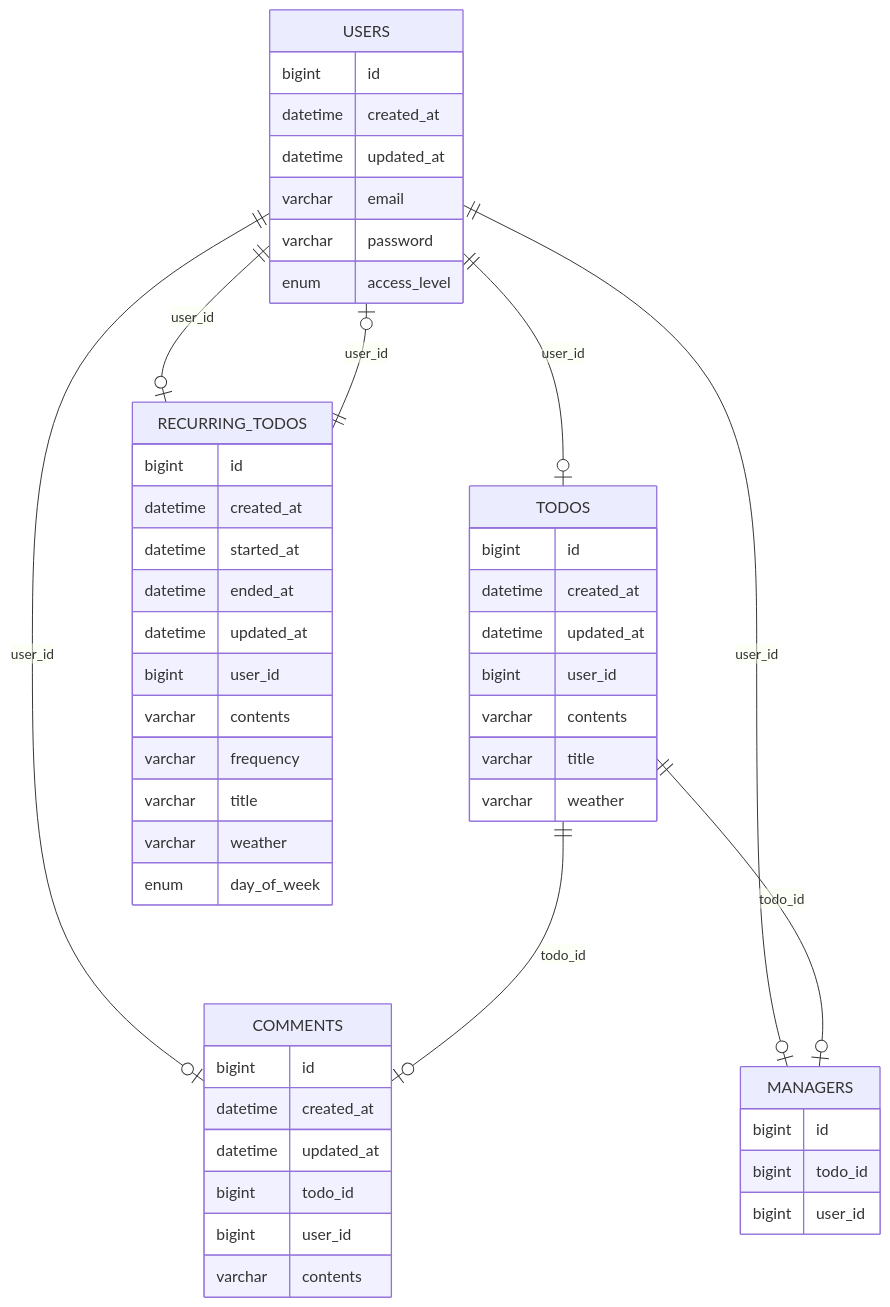
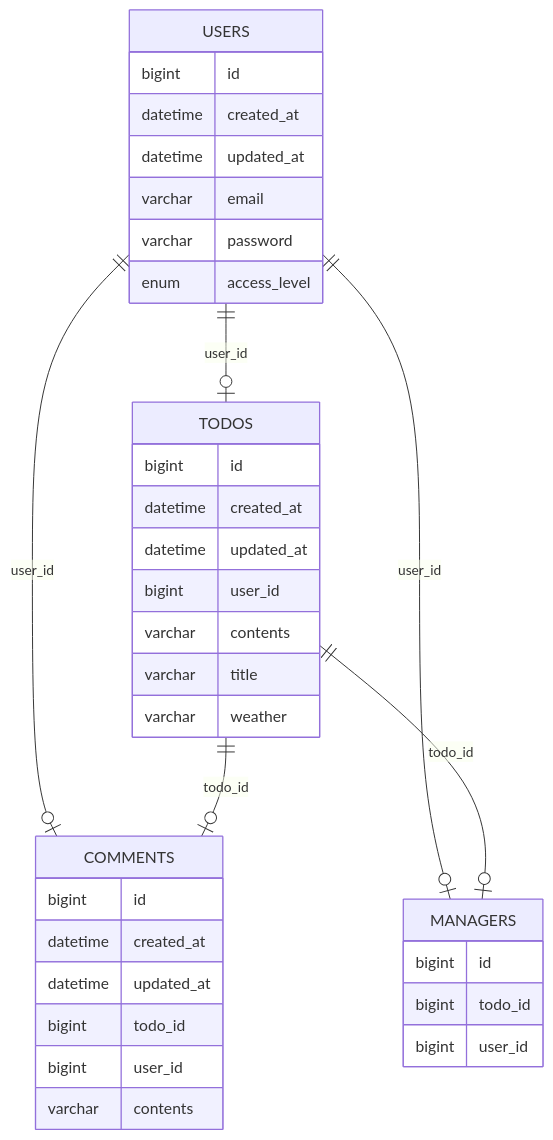
One commit to backswan0/spring-advanced changed the diagram in README.md. Above: the diagram before and after it, drawn with Mermaid. The commit also changed other lines of this file, not shown here.

Commit message:
📚 books/level extra-README
update ERD

````diff
--- a/README.md
+++ b/README.md
@@ -22,58 +22,42 @@
 ```mermaid
 erDiagram
     USERS {
         bigint id
         datetime created_at
         datetime updated_at
         varchar email
         varchar password
         enum access_level
     }
 
     TODOS {
         bigint id
         datetime created_at
         datetime updated_at
         bigint user_id
         varchar contents
         varchar title
         varchar weather
     }
 
     COMMENTS {
         bigint id
         datetime created_at
         datetime updated_at
         bigint todo_id
         bigint user_id
         varchar contents
     }
 
     MANAGERS {
         bigint id
         bigint todo_id
         bigint user_id
     }
 
-    RECURRING_TODOS {
-        bigint id
-        datetime created_at
-        datetime started_at
-        datetime ended_at
-        datetime updated_at
-        bigint user_id
-        varchar contents
-        varchar frequency
-        varchar title
-        varchar weather
-        enum day_of_week
-    }
-
     USERS ||--o| TODOS : "user_id"
     USERS ||--o| COMMENTS : "user_id"
-    USERS ||--o| RECURRING_TODOS : "user_id"
     USERS ||--o| MANAGERS : "user_id"
     TODOS ||--o| COMMENTS : "todo_id"
     TODOS ||--o| MANAGERS : "todo_id"
-    RECURRING_TODOS ||--o| USERS : "user_id"
 ```
````
